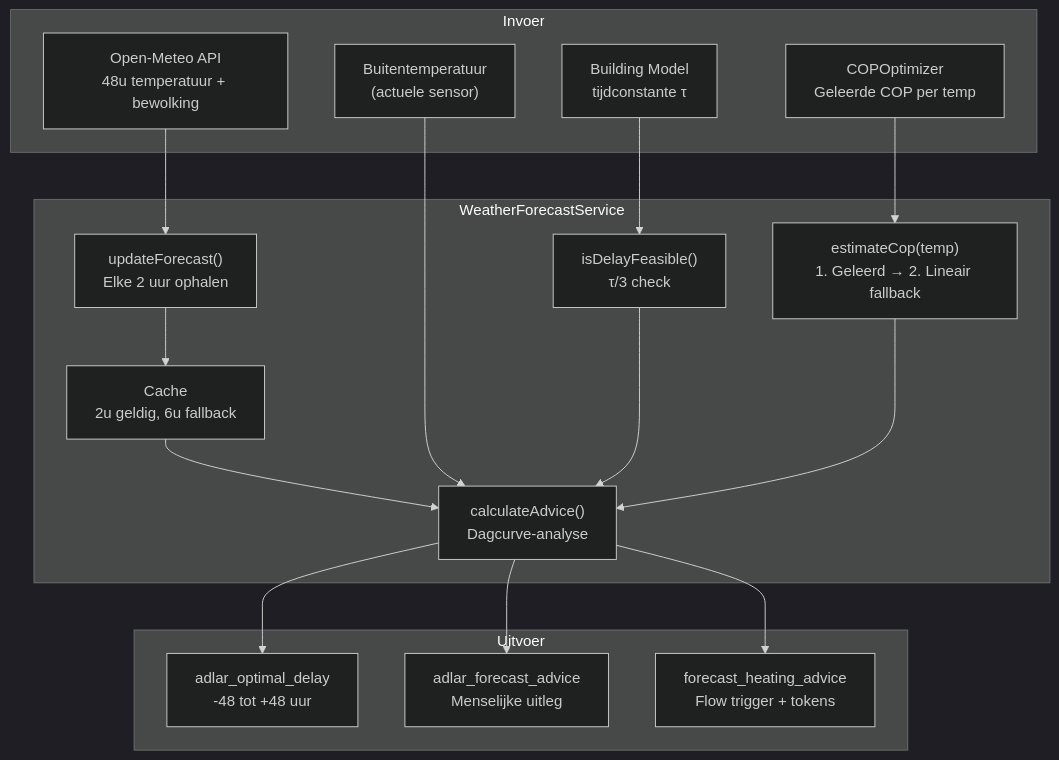
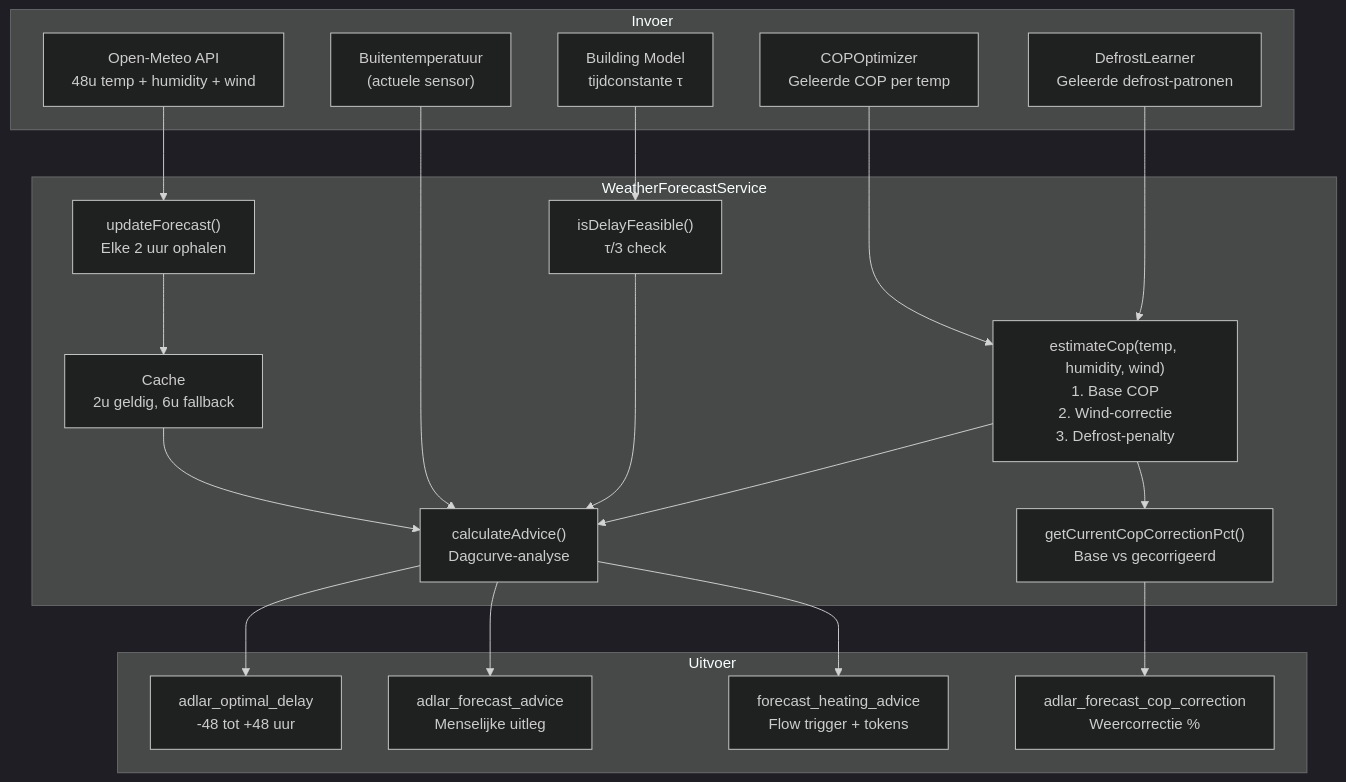
The first of 4 diagrams in docs/architecture/WEATHER_FORECAST.md (hhi/org.hhi.adlar-heatpump), drawn with Mermaid (dark theme) before and after one commit. The commit also changed other lines of this file and 11 other files, not shown here.

First line of the commit message:
v2.9.0: Defrost learning and COP-correction forecasting

````diff
--- a/docs/architecture/WEATHER_FORECAST.md
+++ b/docs/architecture/WEATHER_FORECAST.md
@@ -5,34 +5,40 @@
 ```mermaid
 flowchart TB
     subgraph Input["Invoer"]
-        API["Open-Meteo API\n48u temperatuur + bewolking"]
+        API["Open-Meteo API\n48u temp + humidity + wind"]
         SENSOR["Buitentemperatuur\n(actuele sensor)"]
         TAU["Building Model\ntijdconstante τ"]
         COPOPT["COPOptimizer\nGeleerde COP per temp"]
+        DEFROST["DefrostLearner\nGeleerde defrost-patronen"]
     end
 
     subgraph Service["WeatherForecastService"]
         FETCH["updateForecast()\nElke 2 uur ophalen"]
         CACHE["Cache\n2u geldig, 6u fallback"]
-        COP["estimateCop(temp)\n1. Geleerd → 2. Lineair fallback"]
+        COP["estimateCop(temp, humidity, wind)\n1. Base COP\n2. Wind-correctie\n3. Defrost-penalty"]
         ADVICE["calculateAdvice()\nDagcurve-analyse"]
         FEASIBLE["isDelayFeasible()\nτ/3 check"]
+        CORRECTION["getCurrentCopCorrectionPct()\nBase vs gecorrigeerd"]
     end
 
     subgraph Output["Uitvoer"]
         DELAY["adlar_optimal_delay\n-48 tot +48 uur"]
         TEXT["adlar_forecast_advice\nMenselijke uitleg"]
+        CORRPCT["adlar_forecast_cop_correction\nWeercorrectie %"]
         TRIGGER["forecast_heating_advice\nFlow trigger + tokens"]
     end
 
     API --> FETCH --> CACHE
     CACHE --> ADVICE
     SENSOR --> ADVICE
     COPOPT --> COP
+    DEFROST --> COP
     TAU --> FEASIBLE
     FEASIBLE --> ADVICE
     COP --> ADVICE
+    COP --> CORRECTION
     ADVICE --> DELAY
     ADVICE --> TEXT
+    CORRECTION --> CORRPCT
     ADVICE --> TRIGGER
 ```
````
